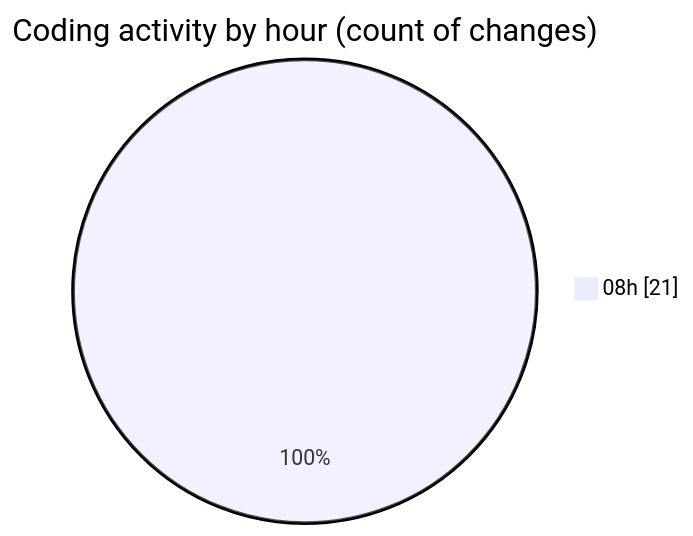
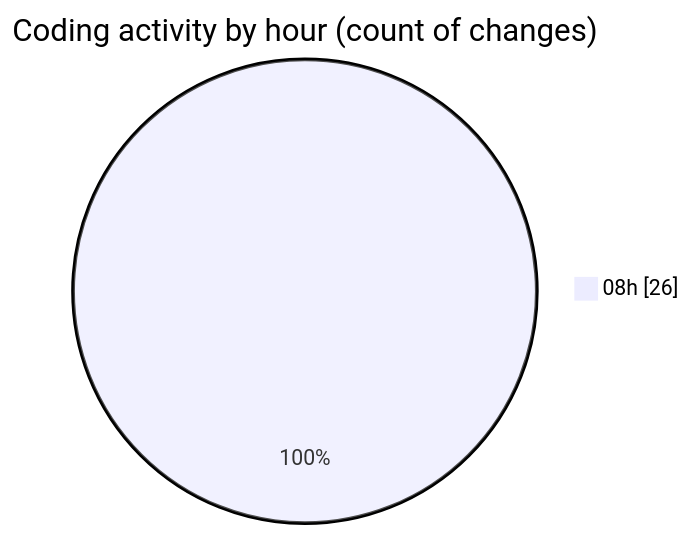
One commit to momahboobian/code-tracking changed the second of 2 diagrams in 2025-04-09/cda/README.md. Above: the diagram before and after it, drawn with Mermaid. The commit also changed other lines of this file and 1 other file, not shown here.

````diff
--- a/2025-04-09/cda/README.md
+++ b/2025-04-09/cda/README.md
@@ -31,5 +31,5 @@
 ```mermaid
 pie showData
 title Coding activity by hour (count of changes)
-"08h" : 21
+"08h" : 26
 ```
````
